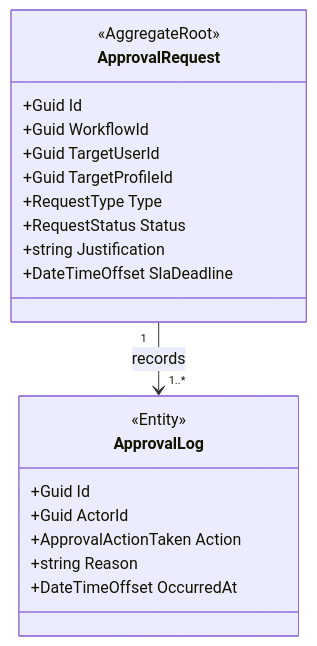
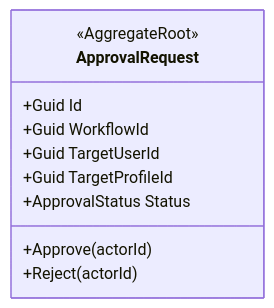
The second of 3 diagrams in docs/governance/construction/ddd-design/07-approvals-context.md (beyondnetcode/ums), drawn with Mermaid before and after one commit. The commit also changed other lines of this file and 14 other files, not shown here.

Commit message:
docs(onboarding): align domain and ER models

````diff
--- a/docs/governance/construction/ddd-design/07-approvals-context.md
+++ b/docs/governance/construction/ddd-design/07-approvals-context.md
@@ -124,24 +121,14 @@
 ```mermaid
 classDiagram
     direction TB
     class ApprovalRequest {
         <<AggregateRoot>>
         +Guid Id
         +Guid WorkflowId
         +Guid TargetUserId
         +Guid TargetProfileId
-        +RequestType Type
-        +RequestStatus Status
-        +string Justification
-        +DateTimeOffset SlaDeadline
+        +ApprovalStatus Status
+        +Approve(actorId)
+        +Reject(actorId)
     }
-    class ApprovalLog {
-        <<Entity>>
-        +Guid Id
-        +Guid ActorId
-        +ApprovalActionTaken Action
-        +string Reason
-        +DateTimeOffset OccurredAt
-    }
-    ApprovalRequest "1" --> "1..*" ApprovalLog : records
 ```
````
